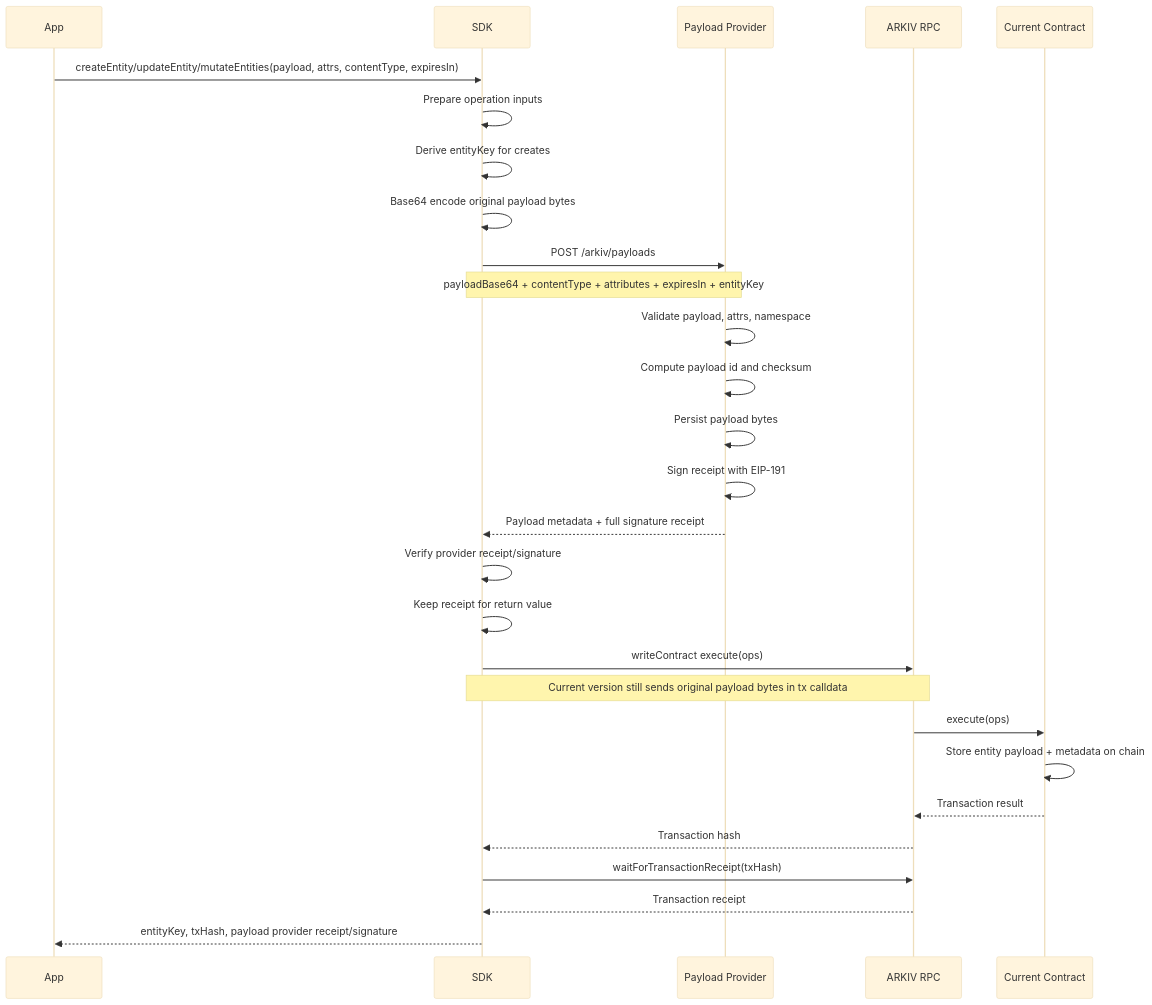
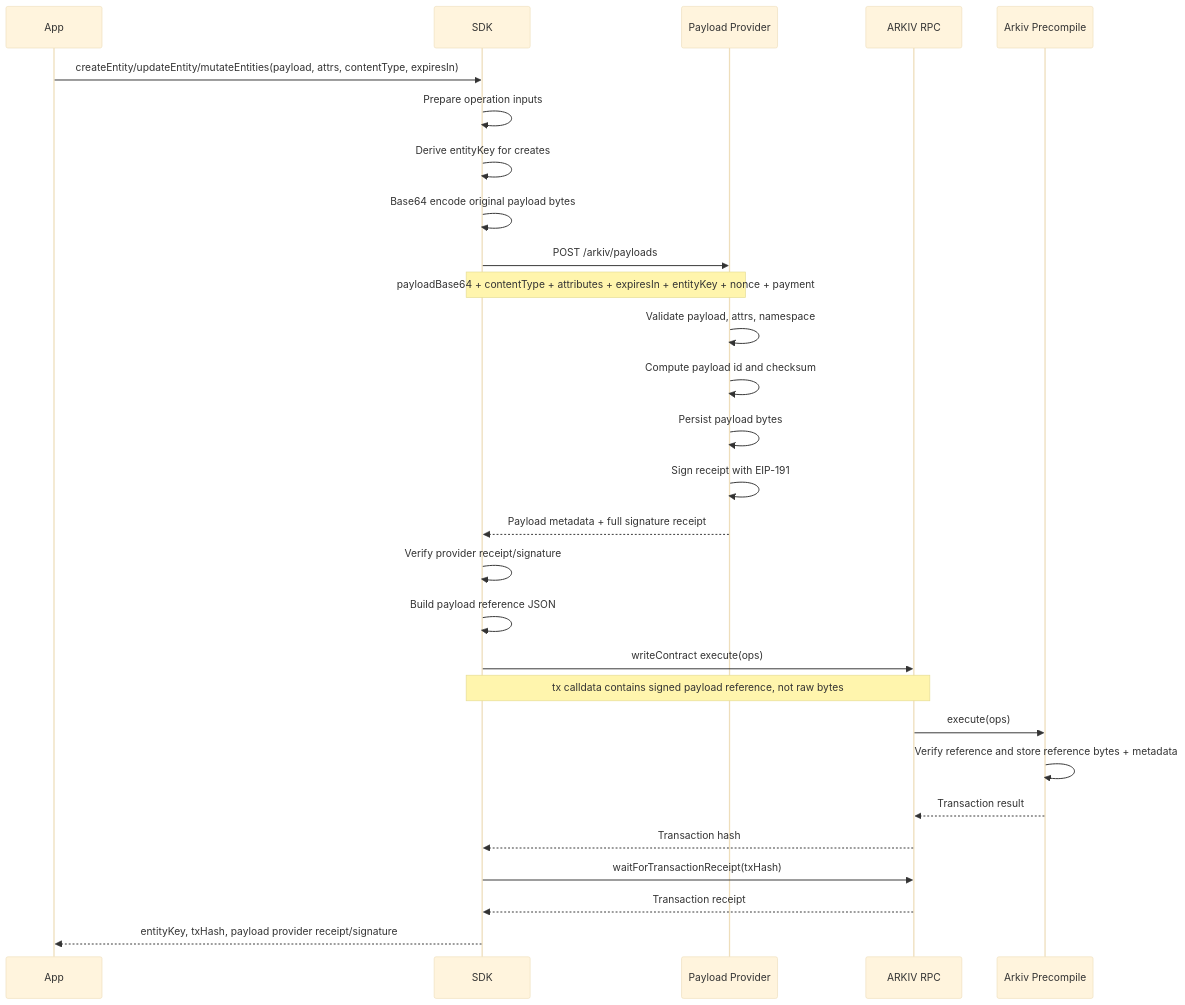
One commit to atlas-chain/atlas-sdk-js changed the diagram in docs/payload-provider-flow.md. Above: the diagram before and after it, drawn with Mermaid (base theme). The commit also changed other lines of this file and 16 other files, not shown here.

Commit message:
Require payload references in SDK

````diff
--- a/docs/payload-provider-flow.md
+++ b/docs/payload-provider-flow.md
@@ -18,40 +17,40 @@
 ```mermaid
 sequenceDiagram
   participant App
   participant SDK
   participant Provider as Payload Provider
   participant RPC as ARKIV RPC
-  participant Contract as Current Contract
+  participant Contract as Arkiv Precompile
 
   App->>SDK: createEntity/updateEntity/mutateEntities(payload, attrs, contentType, expiresIn)
 
   SDK->>SDK: Prepare operation inputs
   SDK->>SDK: Derive entityKey for creates
   SDK->>SDK: Base64 encode original payload bytes
 
   SDK->>Provider: POST /arkiv/payloads
-  Note over SDK,Provider: payloadBase64 + contentType + attributes + expiresIn + entityKey
+  Note over SDK,Provider: payloadBase64 + contentType + attributes + expiresIn + entityKey + nonce + payment
 
   Provider->>Provider: Validate payload, attrs, namespace
   Provider->>Provider: Compute payload id and checksum
   Provider->>Provider: Persist payload bytes
   Provider->>Provider: Sign receipt with EIP-191
 
   Provider-->>SDK: Payload metadata + full signature receipt
 
   SDK->>SDK: Verify provider receipt/signature
-  SDK->>SDK: Keep receipt for return value
+  SDK->>SDK: Build payload reference JSON
 
   SDK->>RPC: writeContract execute(ops)
-  Note over SDK,RPC: Current version still sends original payload bytes in tx calldata
+  Note over SDK,RPC: tx calldata contains signed payload reference, not raw bytes
 
   RPC->>Contract: execute(ops)
-  Contract->>Contract: Store entity payload + metadata on chain
+  Contract->>Contract: Verify reference and store reference bytes + metadata
   Contract-->>RPC: Transaction result
 
   RPC-->>SDK: Transaction hash
   SDK->>RPC: waitForTransactionReceipt(txHash)
   RPC-->>SDK: Transaction receipt
 
   SDK-->>App: entityKey, txHash, payload provider receipt/signature
 ```
````
